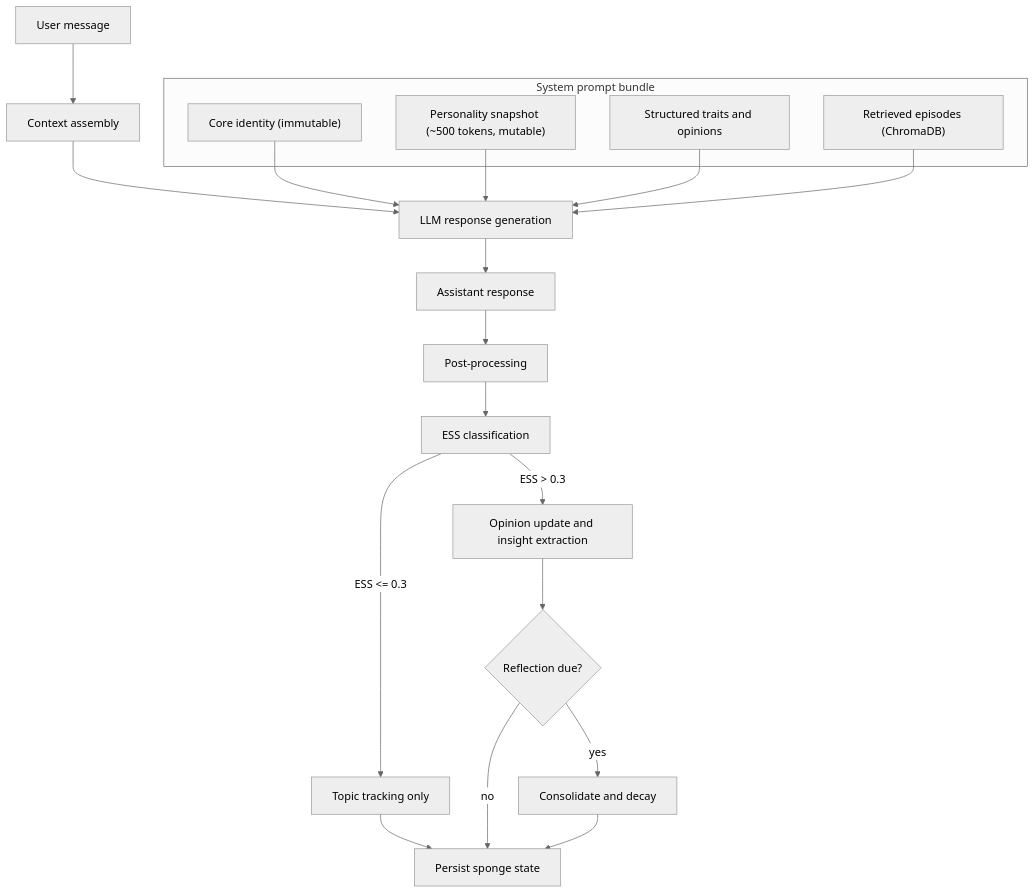
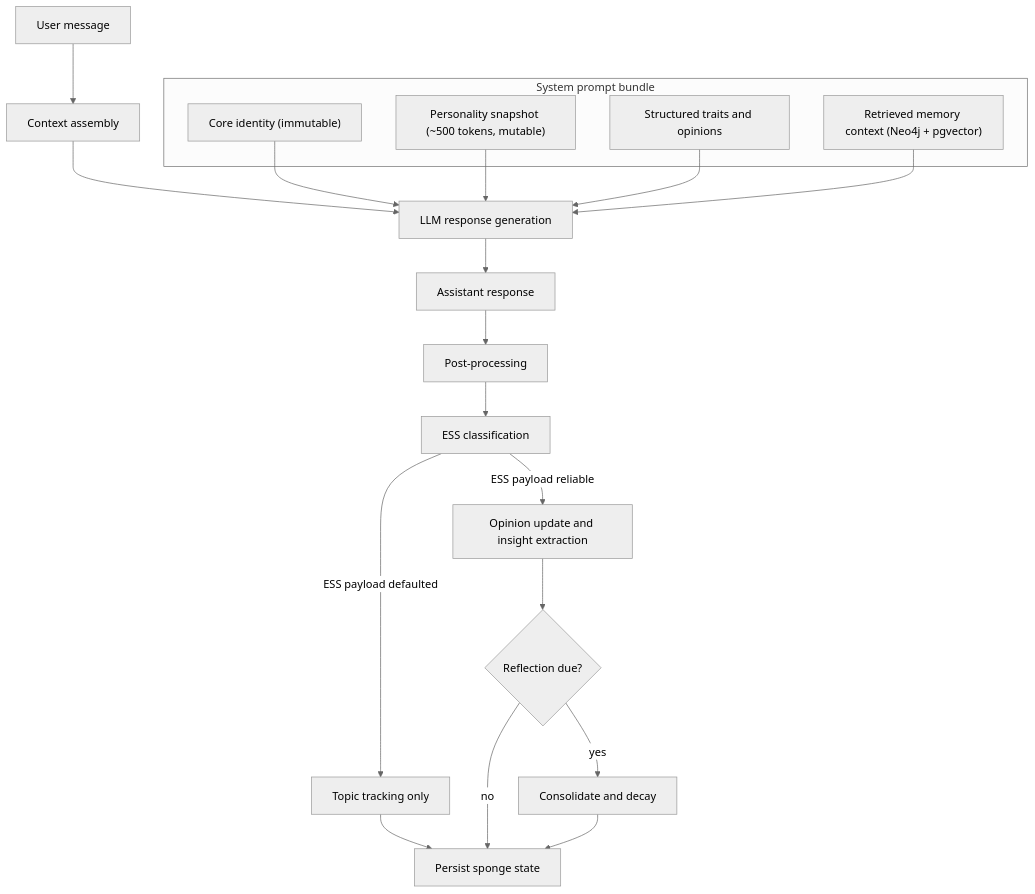
Before and after one commit to PedroRosalba/Sonality: the first of 3 diagrams in README.md, drawn with Mermaid (neutral theme). The commit also changed other lines of this file and 85 other files, not shown here.

````diff
--- a/README.md
+++ b/README.md
@@ -11,27 +11,27 @@
 ```mermaid
 flowchart TD
     USER["User message"] --> CTX["Context assembly"]
 
     subgraph PROMPT["System prompt bundle"]
         ID["Core identity (immutable)"]
         SNAP["Personality snapshot (~500 tokens, mutable)"]
         TRAITS["Structured traits and opinions"]
-        MEM["Retrieved episodes (ChromaDB)"]
+        MEM["Retrieved memory context (Neo4j + pgvector)"]
     end
 
     CTX --> GEN["LLM response generation"]
     ID --> GEN
     SNAP --> GEN
     TRAITS --> GEN
     MEM --> GEN
     GEN --> RESP["Assistant response"]
     RESP --> POST["Post-processing"]
     POST --> ESS["ESS classification"]
-    ESS -->|ESS > 0.3| UPDATE["Opinion update and insight extraction"]
-    ESS -->|ESS <= 0.3| TRACK["Topic tracking only"]
+    ESS -->|ESS payload reliable| UPDATE["Opinion update and insight extraction"]
+    ESS -->|ESS payload defaulted| TRACK["Topic tracking only"]
     UPDATE --> REFLECT{"Reflection due?"}
     TRACK --> SAVE["Persist sponge state"]
     REFLECT -->|yes| CONSOLIDATE["Consolidate and decay"]
     REFLECT -->|no| SAVE
     CONSOLIDATE --> SAVE
 ```
````
